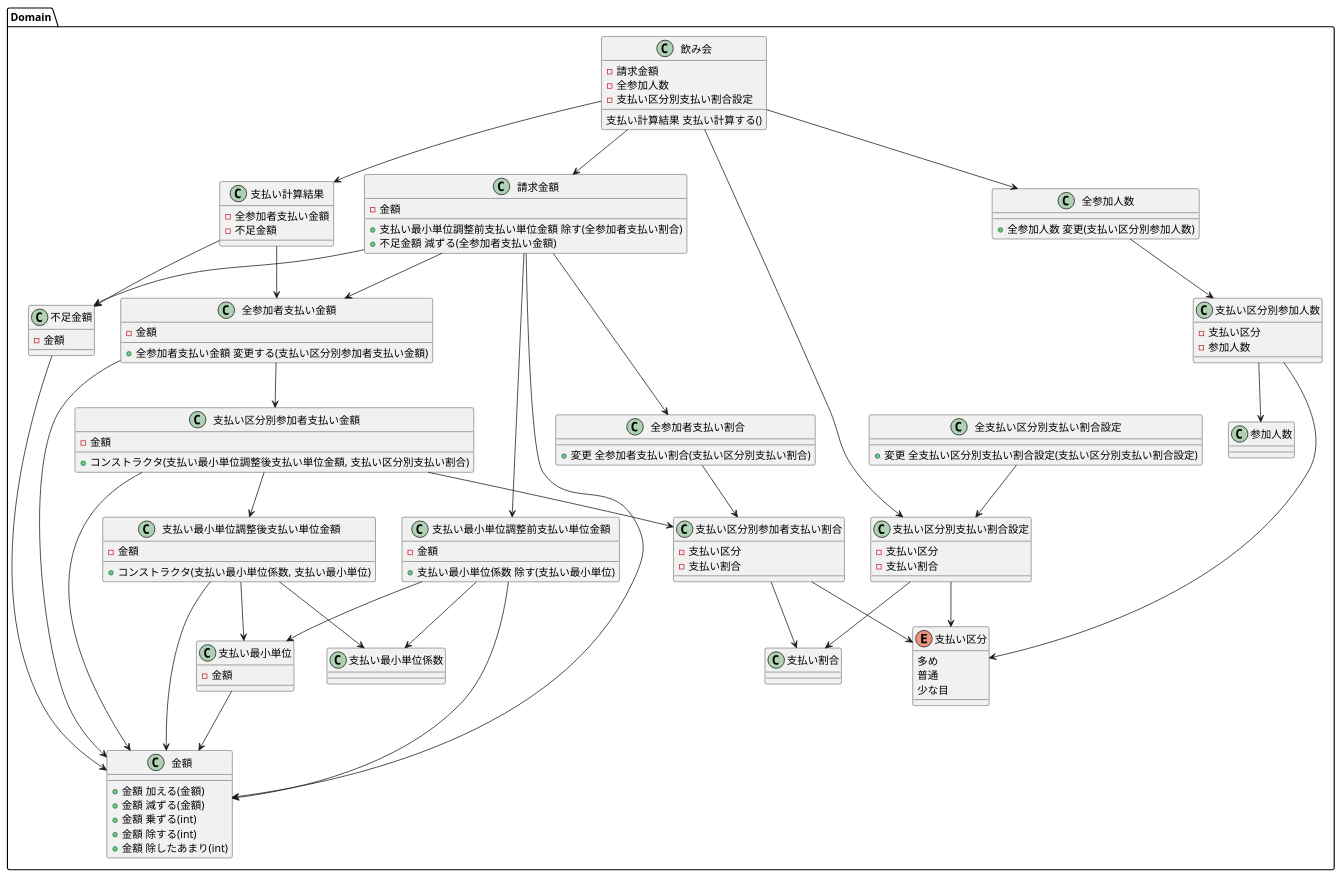
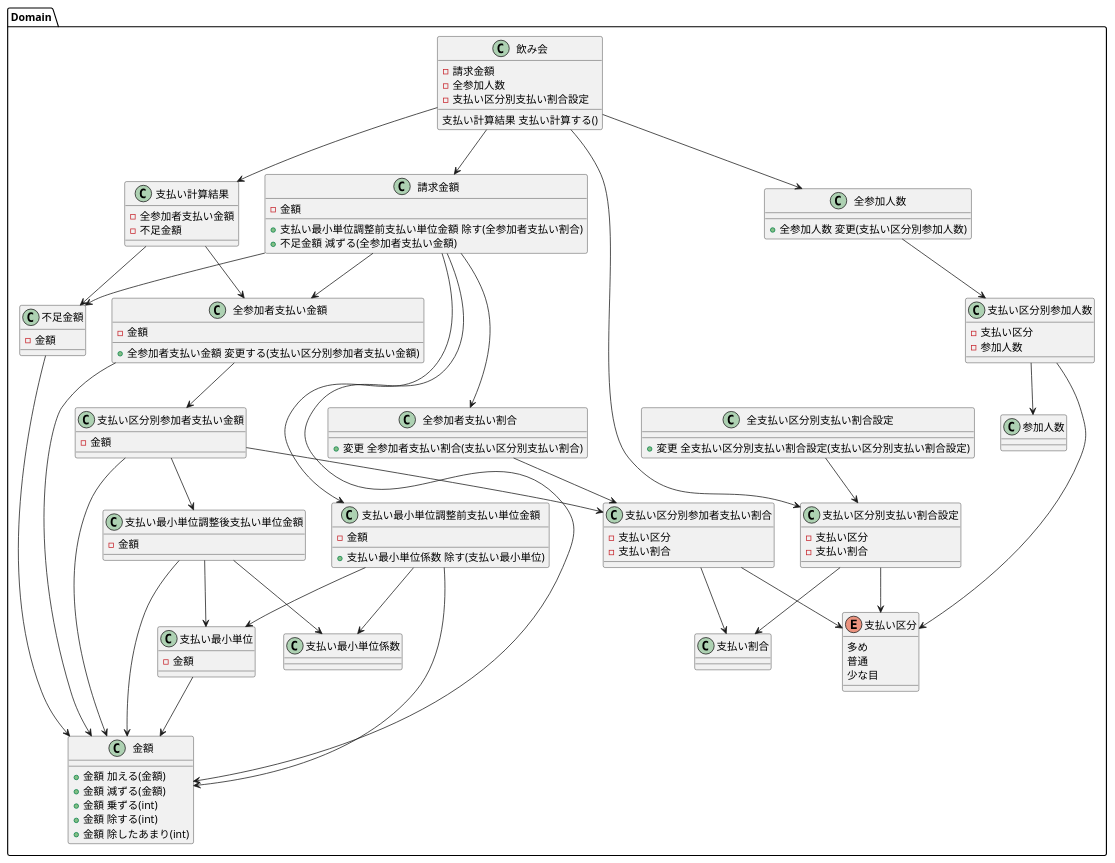
The diagram in docs/モデル.puml (burobo/warikan), drawn with PlantUML before and after one commit.

Commit message:
コンストラクタを削除

```diff
--- a/docs/モデル.puml
+++ b/docs/モデル.puml
@@ -1,147 +1,145 @@
 @startuml model
 package Domain {
 
     class 支払い計算結果 {
         - 全参加者支払い金額
         - 不足金額
     }
 
     class 金額 {
         + 金額 加える(金額)
         + 金額 減ずる(金額)
         + 金額 乗ずる(int)
         + 金額 除する(int)
         + 金額 除したあまり(int)
     }
 
     class 請求金額 {
         - 金額
         + 支払い最小単位調整前支払い単位金額 除す(全参加者支払い割合)
         + 不足金額 減ずる(全参加者支払い金額)
     }
 
     class 全参加者支払い金額 {
         - 金額
         + 全参加者支払い金額 変更する(支払い区分別参加者支払い金額)
     }
 
     class 支払い区分別参加者支払い金額 {
         - 金額
-        + コンストラクタ(支払い最小単位調整後支払い単位金額, 支払い区分別支払い割合)
     }
 
     class 不足金額 {
         - 金額
     }
 
     class 支払い最小単位調整前支払い単位金額 {
         - 金額
         + 支払い最小単位係数 除す(支払い最小単位)
     }
 
     class 支払い最小単位調整後支払い単位金額 {
         - 金額
-        + コンストラクタ(支払い最小単位係数, 支払い最小単位)
     }
 
     class 支払い最小単位 {
         - 金額
     }
 
     class 支払い最小単位係数 {
     }
         
     enum 支払い区分 {
         多め
         普通
         少な目
     }
 
     class 支払い割合 {
     }
 
     class 支払い区分別支払い割合設定 {
         - 支払い区分
         - 支払い割合
     }
 
     class 全支払い区分別支払い割合設定 {
         + 変更 全支払い区分別支払い割合設定(支払い区分別支払い割合設定)
     }
 
     class 支払い区分別参加者支払い割合 {
         - 支払い区分
         - 支払い割合
     }
 
     class 全参加者支払い割合 {
         + 変更 全参加者支払い割合(支払い区分別支払い割合)
     }
 
     class 飲み会 {
         - 請求金額
         - 全参加人数
         - 支払い区分別支払い割合設定
         支払い計算結果 支払い計算する()
     }
 
     class 参加人数 {
     }
 
     class 支払い区分別参加人数 {
         - 支払い区分
         - 参加人数
     }
 
     class 全参加人数 {
         + 全参加人数 変更(支払い区分別参加人数)
     }
 }
 
 支払い計算結果 --> 全参加者支払い金額
 支払い計算結果 --> 不足金額
 
 請求金額 --> 支払い最小単位調整前支払い単位金額
 請求金額 --> 全参加者支払い割合
 請求金額 --> 全参加者支払い金額
 請求金額 --> 不足金額
 
 支払い区分別参加者支払い金額 --> 支払い最小単位調整後支払い単位金額
 支払い区分別参加者支払い金額 --> 支払い区分別参加者支払い割合
 
 全参加者支払い金額 --> 支払い区分別参加者支払い金額
 
 支払い最小単位調整前支払い単位金額 --> 支払い最小単位係数
 支払い最小単位調整前支払い単位金額 --> 支払い最小単位
 
 支払い最小単位調整後支払い単位金額 --> 支払い最小単位係数
 支払い最小単位調整後支払い単位金額 --> 支払い最小単位
 
 支払い区分別支払い割合設定 --> 支払い区分
 支払い区分別支払い割合設定 --> 支払い割合
 
 全支払い区分別支払い割合設定 --> 支払い区分別支払い割合設定
 
 支払い区分別参加者支払い割合 --> 支払い区分
 支払い区分別参加者支払い割合 --> 支払い割合
 
 全参加者支払い割合 --> 支払い区分別参加者支払い割合
 
 飲み会 --> 支払い計算結果
 飲み会 --> 請求金額
 飲み会 --> 全参加人数
 飲み会 --> 支払い区分別支払い割合設定
 
 支払い区分別参加人数 --> 支払い区分
 支払い区分別参加人数 --> 参加人数
 
 全参加人数 --> 支払い区分別参加人数
 
 請求金額 --> 金額
 全参加者支払い金額 --> 金額
 支払い区分別参加者支払い金額 --> 金額
 不足金額 --> 金額
 支払い最小単位調整前支払い単位金額 --> 金額
 支払い最小単位調整後支払い単位金額 --> 金額
 支払い最小単位 --> 金額
 @enduml
```
